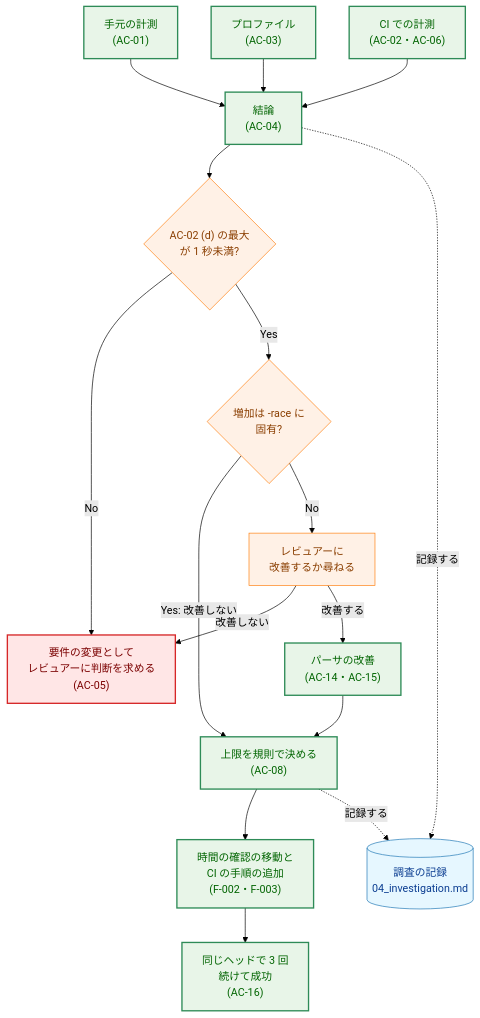
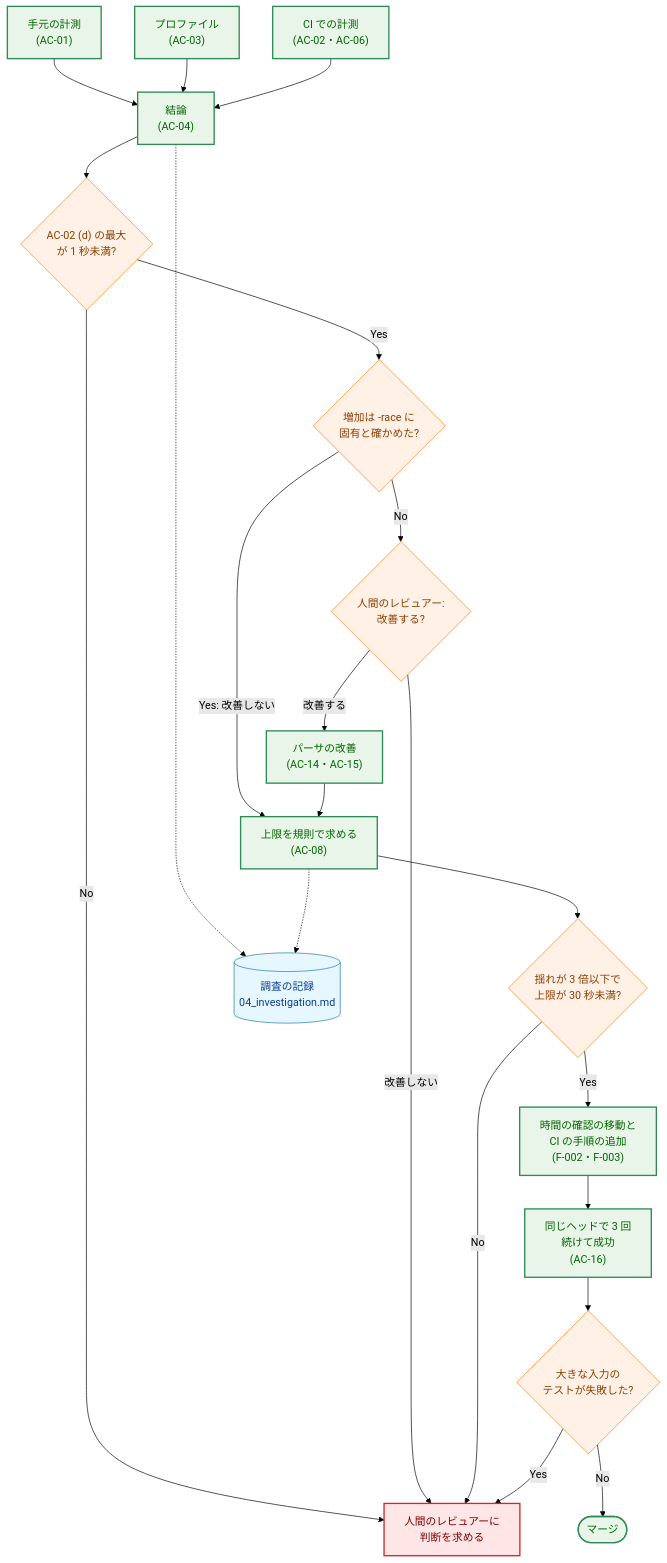
One commit to isseis/yt2column changed the sixth of 7 diagrams in docs/tasks/0039_large_input_test_timeout/02_architecture.md. Above: the diagram before and after it, drawn with Mermaid (forest theme). The commit also changed other lines of this file, not shown here.

First line of the commit message:
docs(0039): address architecture review and Japanese prose findings

````diff
--- a/docs/tasks/0039_large_input_test_timeout/02_architecture.md
+++ b/docs/tasks/0039_large_input_test_timeout/02_architecture.md
@@ -424,42 +462,49 @@
 ```mermaid
 flowchart TD
     classDef process fill:#fff1e6,stroke:#ff7f0e,stroke-width:1px,color:#8a3e00;
     classDef enhanced fill:#e8f5e8,stroke:#2e8b57,stroke-width:2px,color:#006400;
     classDef problem fill:#ffe6e6,stroke:#d62728,stroke-width:2px,color:#7b0000;
     classDef data fill:#e6f7ff,stroke:#1f77b4,stroke-width:1px,color:#0b3d91;
 
     A1["手元の計測<br>(AC-01)"]
     A2["プロファイル<br>(AC-03)"]
     A3["CI での計測<br>(AC-02・AC-06)"]
     A4["結論<br>(AC-04)"]
     G1{"AC-02 (d) の最大<br>が 1 秒未満?"}
-    G2{"増加は -race に<br>固有?"}
-    Q1["レビュアーに<br>改善するか尋ねる"]
-    STOP["要件の変更として<br>レビュアーに判断を求める<br>(AC-05)"]
+    G2{"増加は -race に<br>固有と確かめた?"}
+    Q1{"人間のレビュアー:<br>改善する?"}
+    STOP["人間のレビュアーに<br>判断を求める"]
     FIX["パーサの改善<br>(AC-14・AC-15)"]
-    LIM["上限を規則で決める<br>(AC-08)"]
+    LIM["上限を規則で求める<br>(AC-08)"]
+    G3{"揺れが 3 倍以下で<br>上限が 30 秒未満?"}
     IMP["時間の確認の移動と<br>CI の手順の追加<br>(F-002・F-003)"]
     STB["同じヘッドで 3 回<br>続けて成功<br>(AC-16)"]
+    G4{"大きな入力の<br>テストが失敗した?"}
     REC[("調査の記録<br>04_investigation.md")]
 
     A1 --> A4
     A2 --> A4
     A3 --> A4
     A4 --> G1
     G1 -->|"No"| STOP
     G1 -->|"Yes"| G2
     G2 -->|"Yes: 改善しない"| LIM
     G2 -->|"No"| Q1
     Q1 -->|"改善しない"| STOP
     Q1 -->|"改善する"| FIX
     FIX --> LIM
-    LIM --> IMP
+    LIM --> G3
+    G3 -->|"No"| STOP
+    G3 -->|"Yes"| IMP
     IMP --> STB
-    A4 -.->|"記録する"| REC
-    LIM -.->|"記録する"| REC
+    STB --> G4
+    G4 -->|"Yes"| STOP
+    G4 -->|"No"| MERGE(["マージ"])
+    A4 -.-> REC
+    LIM -.-> REC
 
-    class A1,A2,A3,A4,LIM,IMP,STB,FIX enhanced
-    class G1,G2,Q1 process
+    class A1,A2,A3,A4,LIM,IMP,STB,FIX,MERGE enhanced
+    class G1,G2,G3,G4,Q1 process
     class STOP problem
     class REC data
 ```
````
